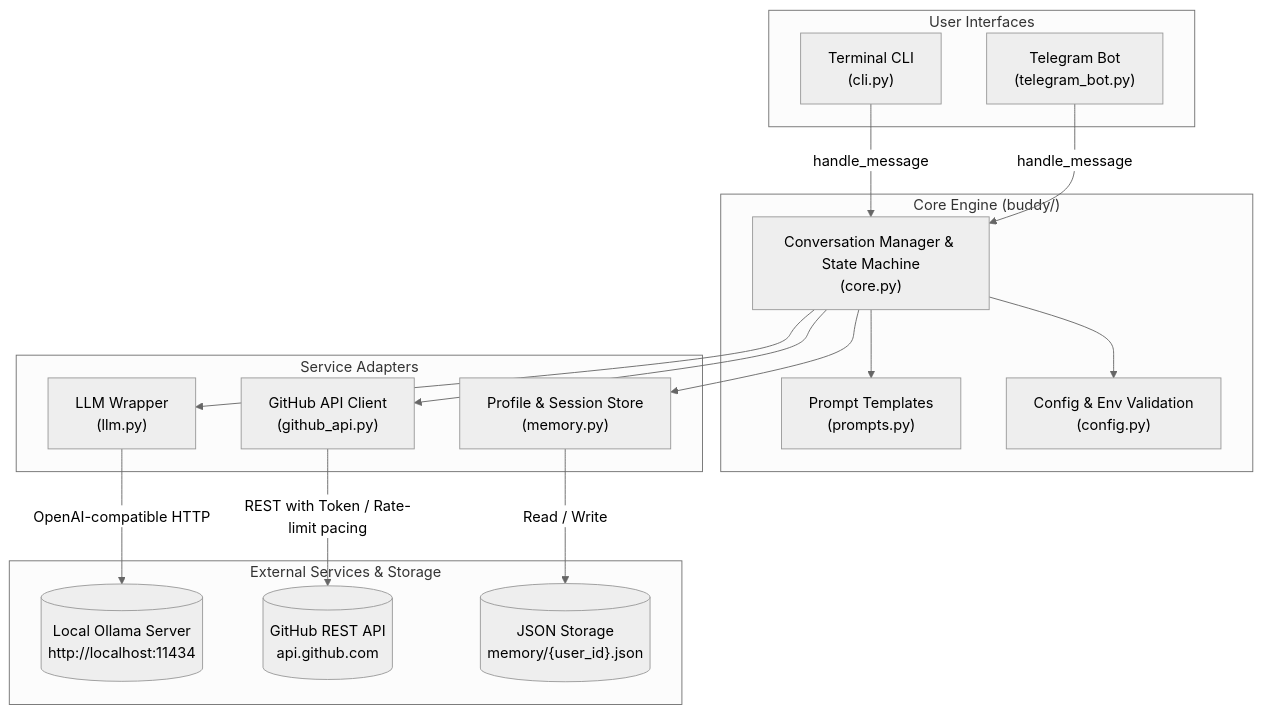
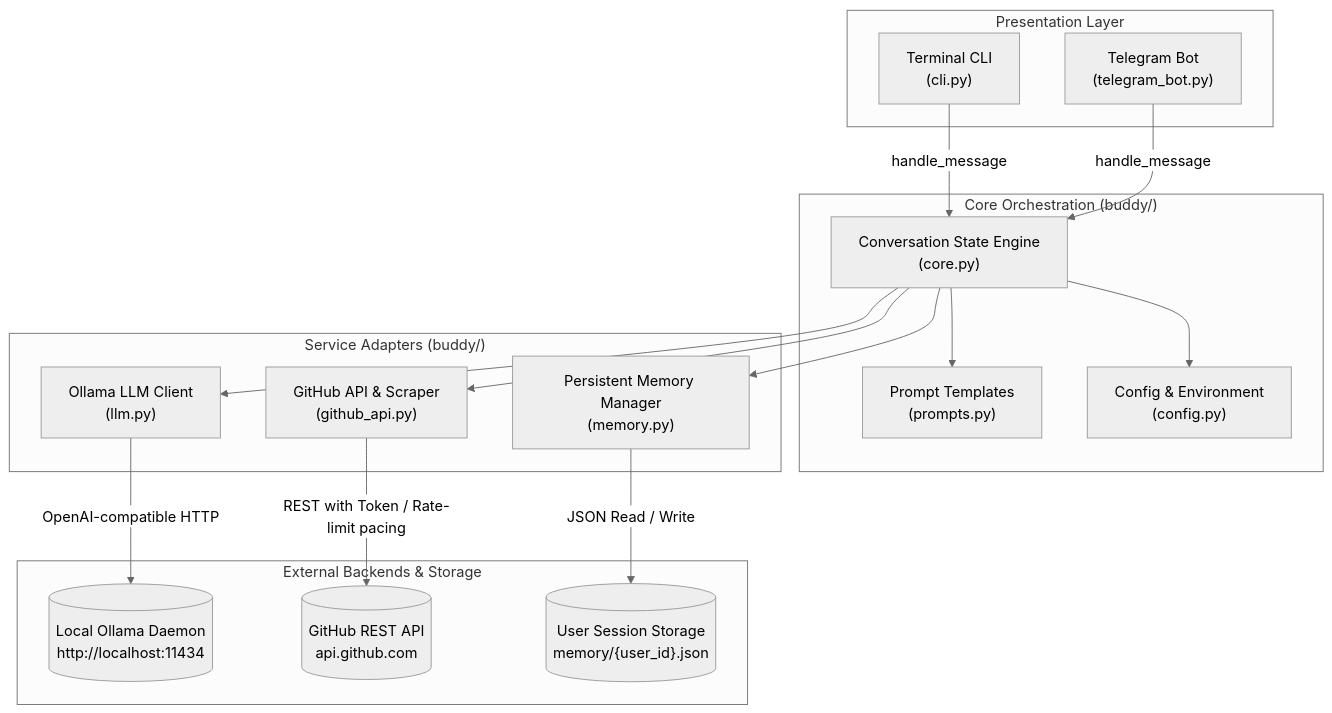
One commit to SaiNanduVajhala/hacktoberfest-buddy changed the first of 2 diagrams in README.md. Above: the diagram before and after it, drawn with Mermaid (neutral theme). The commit also changed other lines of this file and 3 other files, not shown here.

Commit message:
test: add GitHub API unit tests and core business logic module

````diff
--- a/README.md
+++ b/README.md
@@ -49,37 +64,37 @@
 ```mermaid
 graph TD
-    subgraph UI ["User Interfaces"]
+    subgraph UI ["Presentation Layer"]
         CLI["Terminal CLI<br/>(cli.py)"]
         TG["Telegram Bot<br/>(telegram_bot.py)"]
     end
 
-    subgraph Core ["Core Engine (buddy/)"]
-        CM["Conversation Manager & State Machine<br/>(core.py)"]
+    subgraph Core ["Core Orchestration (buddy/)"]
+        CM["Conversation State Engine<br/>(core.py)"]
         PR["Prompt Templates<br/>(prompts.py)"]
-        CFG["Config & Env Validation<br/>(config.py)"]
+        CFG["Config & Environment<br/>(config.py)"]
     end
 
-    subgraph Adapters ["Service Adapters"]
-        LLM["LLM Wrapper<br/>(llm.py)"]
-        GH["GitHub API Client<br/>(github_api.py)"]
-        MEM["Profile & Session Store<br/>(memory.py)"]
+    subgraph Adapters ["Service Adapters (buddy/)"]
+        LLM["Ollama LLM Client<br/>(llm.py)"]
+        GH["GitHub API & Scraper<br/>(github_api.py)"]
+        MEM["Persistent Memory Manager<br/>(memory.py)"]
     end
 
-    subgraph External ["External Services & Storage"]
-        OLLAMA[("Local Ollama Server<br/>http://localhost:11434")]
+    subgraph Backends ["External Backends & Storage"]
+        OLLAMA[("Local Ollama Daemon<br/>http://localhost:11434")]
         GITHUB[("GitHub REST API<br/>api.github.com")]
-        DISK[("JSON Storage<br/>memory/{user_id}.json")]
+        DISK[("User Session Storage<br/>memory/{user_id}.json")]
     end
 
     CLI -->|handle_message| CM
     TG -->|handle_message| CM
     CM --> PR
     CM --> CFG
     CM --> LLM
     CM --> GH
     CM --> MEM
 
     LLM -->|OpenAI-compatible HTTP| OLLAMA
     GH -->|REST with Token / Rate-limit pacing| GITHUB
-    MEM -->|Read / Write| DISK
+    MEM -->|JSON Read / Write| DISK
 ```
````
